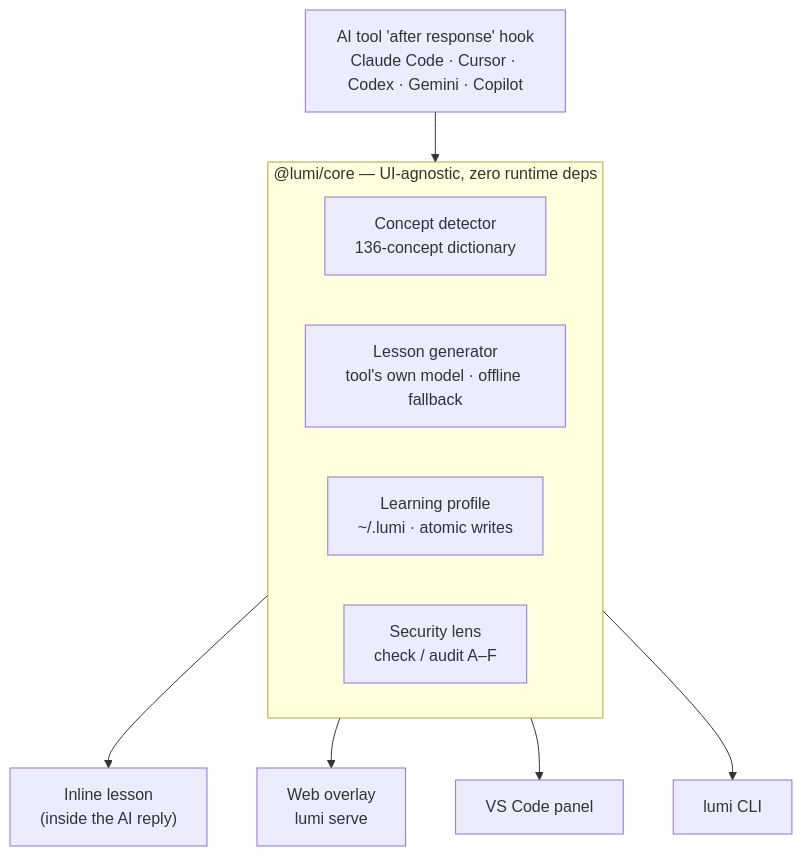
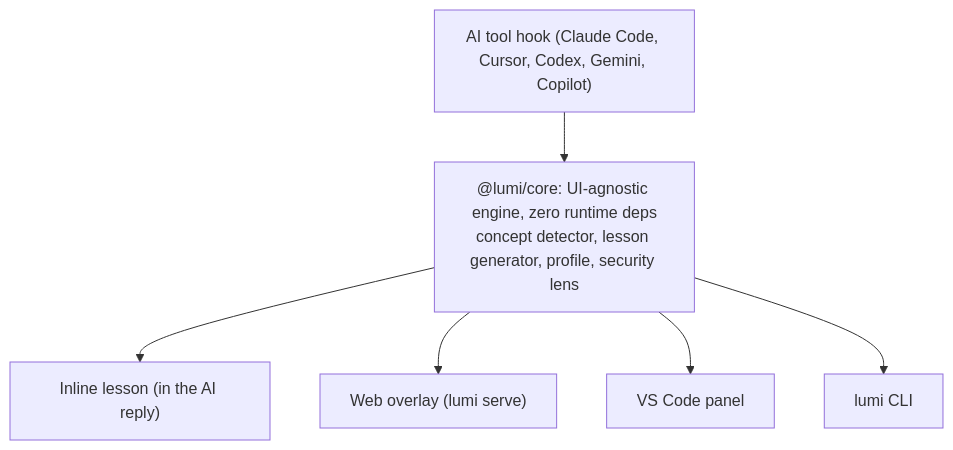
The diagram in README.md (stefanbogdanmda/lumi), drawn with Mermaid before and after one commit.

Commit message:
docs: simplify architecture diagram for reliable Mermaid rendering

````diff
--- a/README.md
+++ b/README.md
@@ -196,14 +196,8 @@
 ```mermaid
 flowchart TD
-    Hook["AI tool 'after response' hook<br/>Claude Code · Cursor · Codex · Gemini · Copilot"] --> Core
-    subgraph Core["@lumi/core — UI-agnostic, zero runtime deps"]
-        Detect["Concept detector<br/>136-concept dictionary"]
-        Gen["Lesson generator<br/>tool's own model · offline fallback"]
-        Profile["Learning profile<br/>~/.lumi · atomic writes"]
-        Risk["Security lens<br/>check / audit A–F"]
-    end
-    Core --> Inline["Inline lesson<br/>(inside the AI reply)"]
-    Core --> Overlay["Web overlay<br/>lumi serve"]
+    Hook["AI tool hook (Claude Code, Cursor, Codex, Gemini, Copilot)"] --> Core["@lumi/core: UI-agnostic engine, zero runtime deps<br/>concept detector, lesson generator, profile, security lens"]
+    Core --> Inline["Inline lesson (in the AI reply)"]
+    Core --> Overlay["Web overlay (lumi serve)"]
     Core --> VSCode["VS Code panel"]
     Core --> CLI["lumi CLI"]
 ```
````
